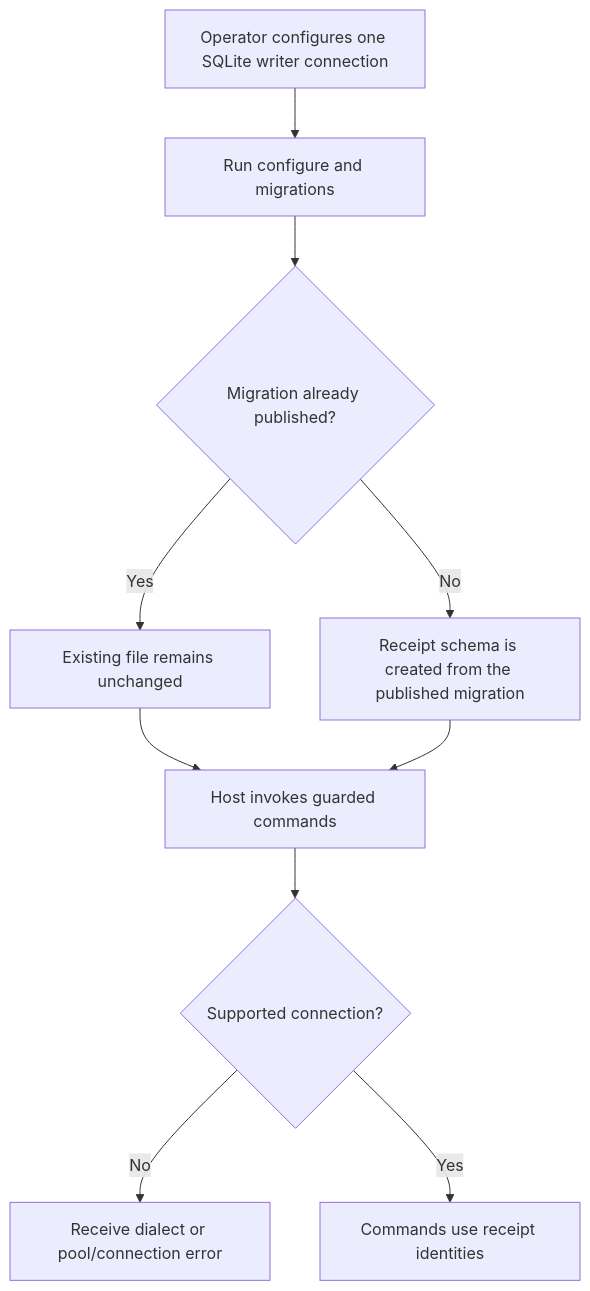
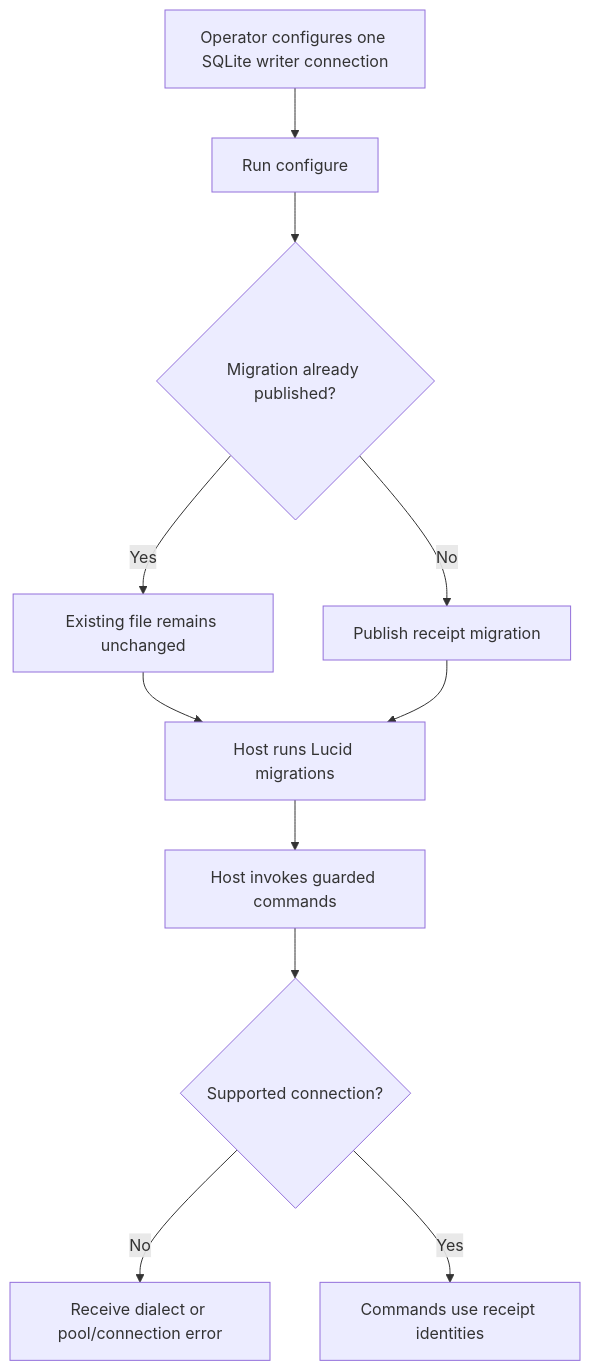
Before and after one commit to Kevinjohn/oss-adonisjs-duplicate-request-guard: the first of 2 diagrams in user-stories/US-GUARD-04-operate-receipts.md, drawn with Mermaid. The commit also changed other lines of this file, not shown here.

Commit message:
docs: clarify receipt setup and connection ownership

````diff
--- a/user-stories/US-GUARD-04-operate-receipts.md
+++ b/user-stories/US-GUARD-04-operate-receipts.md
@@ -21,12 +21,13 @@
 ```mermaid
 flowchart TD
-    A["Operator configures one SQLite writer connection"] --> B["Run configure and migrations"]
+    A["Operator configures one SQLite writer connection"] --> B["Run configure"]
     B --> C{"Migration already published?"}
     C -->|Yes| D["Existing file remains unchanged"]
-    C -->|No| E["Receipt schema is created from the published migration"]
-    D --> F["Host invokes guarded commands"]
-    E --> F
+    C -->|No| E["Publish receipt migration"]
+    D --> M["Host runs Lucid migrations"]
+    E --> M
+    M --> F["Host invokes guarded commands"]
     F --> G{"Supported connection?"}
     G -->|No| H["Receive dialect or pool/connection error"]
     G -->|Yes| I["Commands use receipt identities"]
 ```
````
